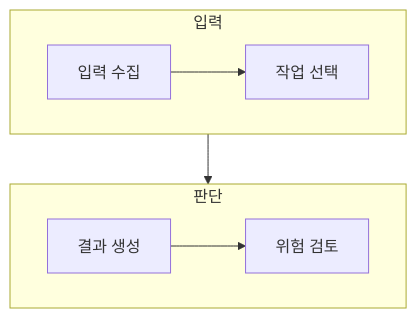
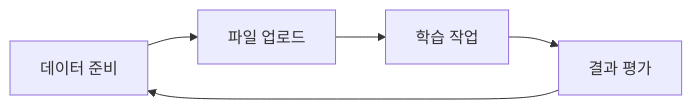
Before and after one commit to umyunsang/edu: the diagram in ComputerScience/03_ai-ml-data/large-language-models/notes/116. 파인튜닝 데이터·작업·한계.md, drawn with Mermaid. The commit also changed other lines of this file and 1 other file, not shown here.

Commit message:
Auto-save: Updated ComputerScience/03_ai-ml-data/large-language-models/notes/116. 파인튜닝 데이터·작업·한계.md, ComputerScience/03_ai-ml-data/large-language-models/notes/index.md

````diff
--- a/ComputerScience/03_ai-ml-data/large-language-models/notes/116. 파인튜닝 데이터·작업·한계.md
+++ b/ComputerScience/03_ai-ml-data/large-language-models/notes/116. 파인튜닝 데이터·작업·한계.md
@@ -24,12 +46,7 @@
 ```mermaid
-flowchart TB
-    subgraph Input[입력]
-        direction LR
-        A[입력 수집] --> B[작업 선택]
-    end
-    subgraph Decision[판단]
-        direction LR
-        C[결과 생성] --> D[위험 검토]
-    end
-    B --> C
+flowchart LR
+    A[데이터 준비] --> B[파일 업로드]
+    B --> C[학습 작업]
+    C --> D[결과 평가]
+    D --> A
 ```
````
